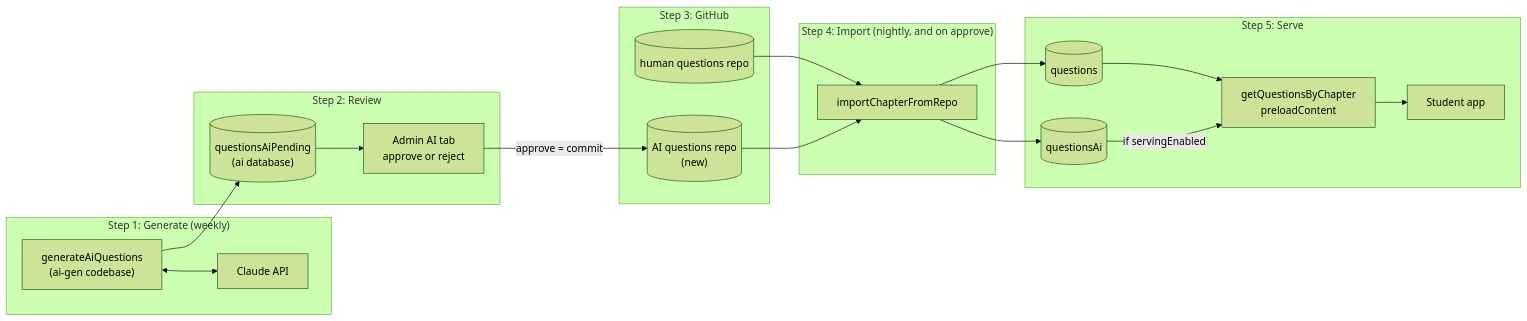
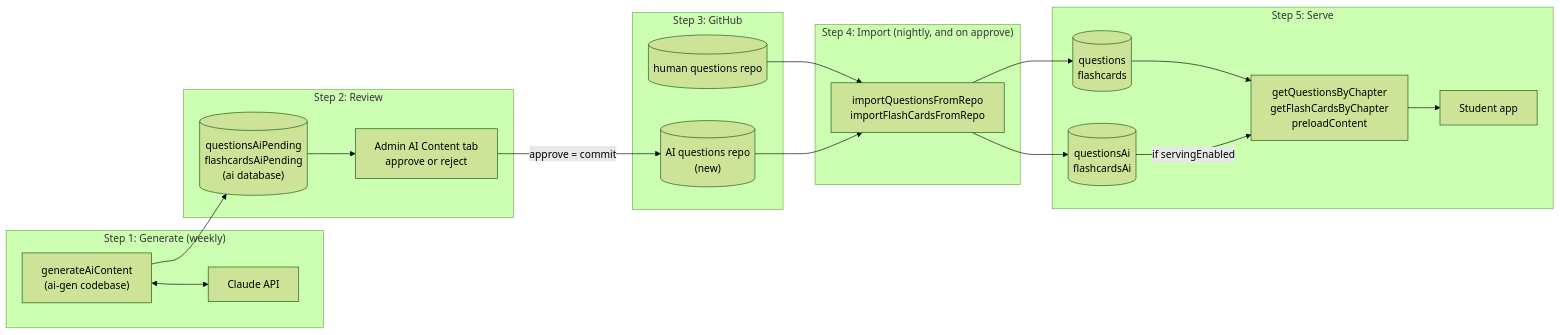
One commit to alexmcdermid/real-estate-quest changed the first of 5 diagrams in docs/ai-question-flow.md. Above: the diagram before and after it, drawn with Mermaid (forest theme). The commit also changed other lines of this file, not shown here.

Commit message:
docs: cover AI flashcards in the AI content flow doc

````diff
--- a/docs/ai-question-flow.md
+++ b/docs/ai-question-flow.md
@@ -45,36 +45,36 @@
 ```mermaid
 flowchart LR
   subgraph GEN["Step 1: Generate (weekly)"]
-    G["generateAiQuestions<br/>(ai-gen codebase)"] <--> CL["Claude API"]
+    G["generateAiContent<br/>(ai-gen codebase)"] <--> CL["Claude API"]
   end
 
   subgraph REV["Step 2: Review"]
-    QP[("questionsAiPending<br/>(ai database)")] --> ADM["Admin AI tab<br/>approve or reject"]
+    QP[("questionsAiPending<br/>flashcardsAiPending<br/>(ai database)")] --> ADM["Admin AI Content tab<br/>approve or reject"]
   end
 
   subgraph SOT["Step 3: GitHub"]
     HR[("human questions repo")]
     AR[("AI questions repo<br/>(new)")]
   end
 
   subgraph IMP["Step 4: Import (nightly, and on approve)"]
-    I["importChapterFromRepo"]
+    I["importQuestionsFromRepo<br/>importFlashCardsFromRepo"]
   end
 
   subgraph SRV["Step 5: Serve"]
-    Q[("questions")]
-    QA[("questionsAi")]
-    API["getQuestionsByChapter<br/>preloadContent"]
+    Q[("questions<br/>flashcards")]
+    QA[("questionsAi<br/>flashcardsAi")]
+    API["getQuestionsByChapter<br/>getFlashCardsByChapter<br/>preloadContent"]
     STU["Student app"]
     Q --> API
     QA -- "if servingEnabled" --> API
     API --> STU
   end
 
   G --> QP
   ADM -- "approve = commit" --> AR
   HR --> I
   AR --> I
   I --> Q
   I --> QA
 ```
````
